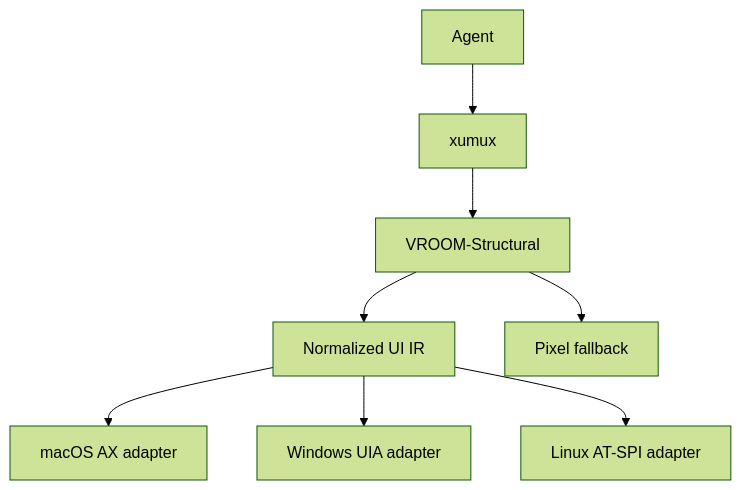
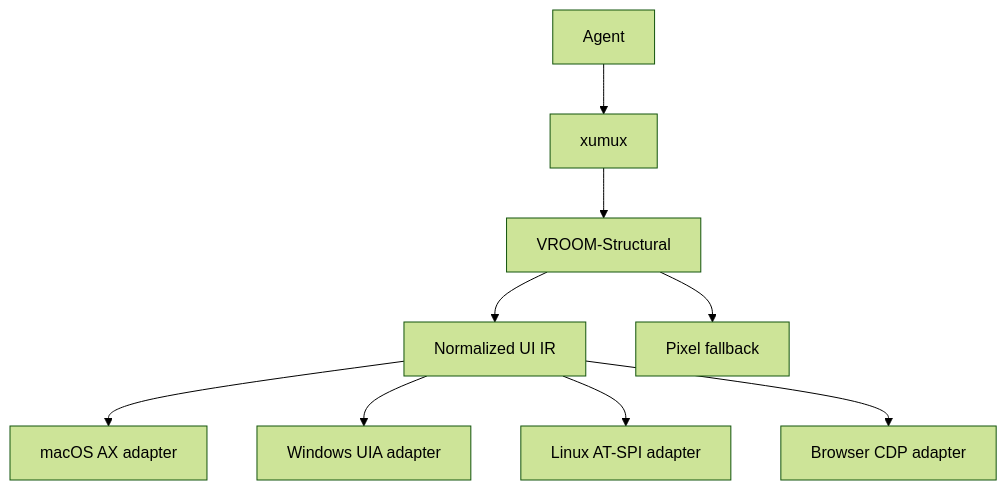
The first of 2 diagrams in VROOM-Structural.md (visionik/vroom), drawn with Mermaid (forest theme) before and after one commit. The commit also changed other lines of this file, not shown here.

Commit message:
Structural: CDP/browser as same-IR host adapter

````diff
--- a/VROOM-Structural.md
+++ b/VROOM-Structural.md
@@ -24,17 +24,19 @@
 ```mermaid
 flowchart TD
   agent[Agent]
   xumux[xumux]
   structural[VROOM-Structural]
   ir[Normalized UI IR]
   mac[macOS AX adapter]
   win[Windows UIA adapter]
   lin[Linux AT-SPI adapter]
+  cdp[Browser CDP adapter]
   pix[Pixel fallback]
 
   agent --> xumux --> structural --> ir
   ir --> mac
   ir --> win
   ir --> lin
+  ir --> cdp
   structural --> pix
 ```
````
